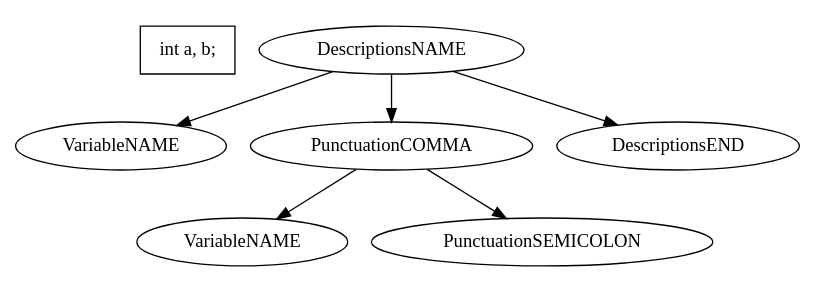
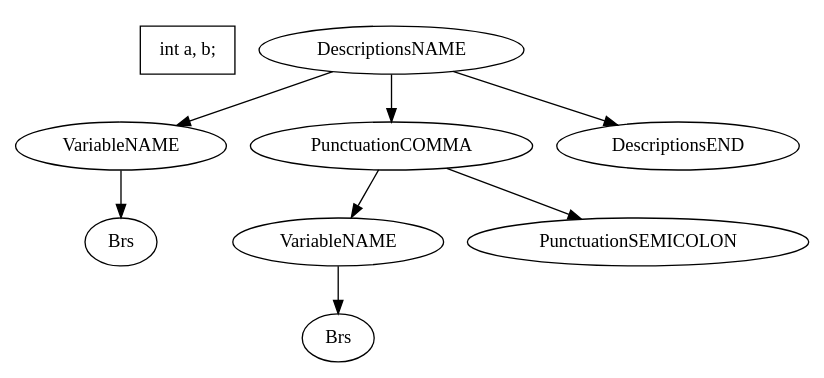
One commit to DubKoldun/university-courses changed the diagram in TranslationMethods/RecursiveParsing/tree/tree1.dot. Above: the diagram before and after it, drawn with Graphviz. The commit also changed 6 other files, not shown here.

Commit message:
✅ generated dotfiles for graphivz

```diff
--- a/TranslationMethods/RecursiveParsing/tree/tree1.dot
+++ b/TranslationMethods/RecursiveParsing/tree/tree1.dot
@@ -1,17 +1,21 @@
 digraph G { 
 	subgraph clusterHeader {
 		margin=0
 		style="invis"
 		HEADER [shape="box" label="int a, b;"];
 	}	1->2;
-	1->3;
-	3->4;
-	3->5;
-	1->6;
+	2->3;
+	1->4;
+	4->5;
+	5->6;
+	4->7;
+	1->8;
 	1[label=DescriptionsNAME];
 	2[label=VariableNAME];
-	3[label=PunctuationCOMMA];
-	4[label=VariableNAME];
-	5[label=PunctuationSEMICOLON];
-	6[label=DescriptionsEND];
+	3[label=Brs];
+	4[label=PunctuationCOMMA];
+	5[label=VariableNAME];
+	6[label=Brs];
+	7[label=PunctuationSEMICOLON];
+	8[label=DescriptionsEND];
 }
```
